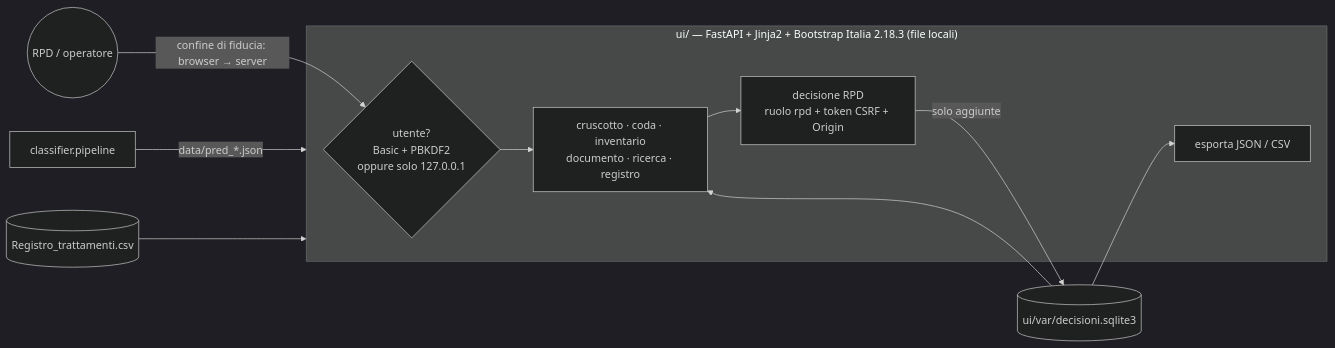
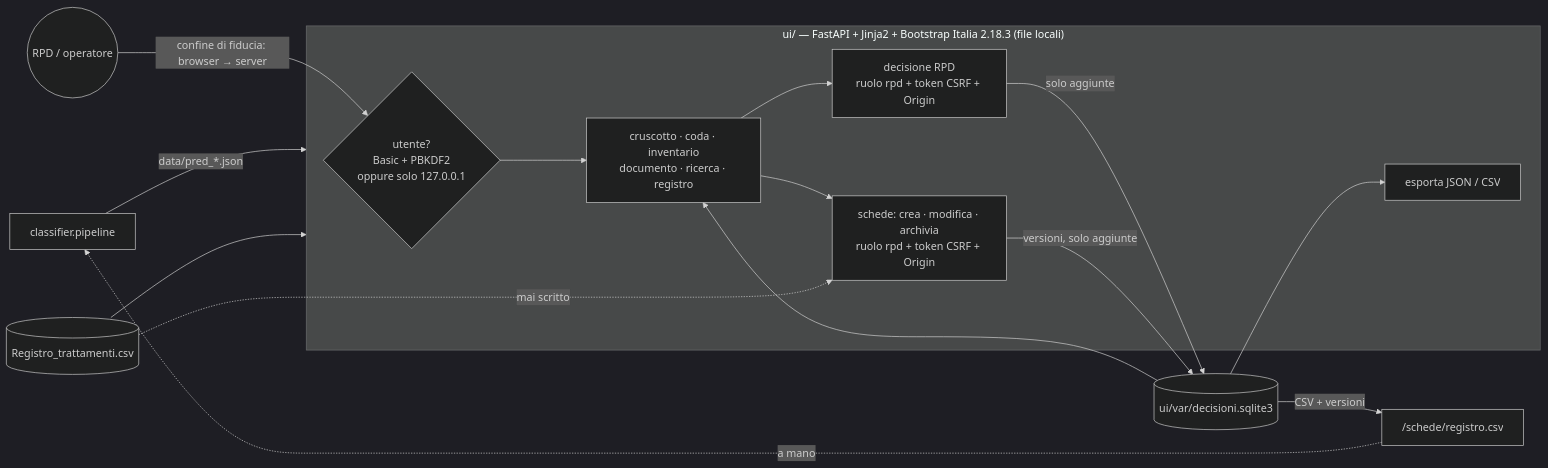
One commit to sergiovzambelli/dago-data-governance changed the third of 4 diagrams in docs/flussi.md. Above: the diagram before and after it, drawn with Mermaid (dark theme). The commit also changed 13 other files, not shown here.

First line of the commit message:
feat: pagina Schede per gestire il registro dei trattamenti

````diff
--- a/docs/flussi.md
+++ b/docs/flussi.md
@@ -101,15 +101,19 @@
 ```mermaid
 flowchart LR
     PIPE[classifier.pipeline] -->|data/pred_*.json| UI
     REG[(Registro_trattamenti.csv)] --> UI
     subgraph UI["ui/ — FastAPI + Jinja2 + Bootstrap Italia 2.18.3 (file locali)"]
         AUTH{utente?<br/>Basic + PBKDF2<br/>oppure solo 127.0.0.1}
         PAG[cruscotto · coda · inventario<br/>documento · ricerca · registro]
         DEC[decisione RPD<br/>ruolo rpd + token CSRF + Origin]
+        SCH[schede: crea · modifica · archivia<br/>ruolo rpd + token CSRF + Origin]
         EXP[esporta JSON / CSV]
     end
     U((RPD / operatore)) -->|confine di fiducia: browser → server| AUTH --> PAG
     PAG --> DEC -->|solo aggiunte| DB[(ui/var/decisioni.sqlite3)]
     DB --> PAG
     DB --> EXP
+    PAG --> SCH -->|versioni, solo aggiunte| DB
+    REG -.->|mai scritto| SCH
+    DB -->|CSV + versioni| REGOUT["/schede/registro.csv"] -.->|a mano| PIPE
 ```
````
